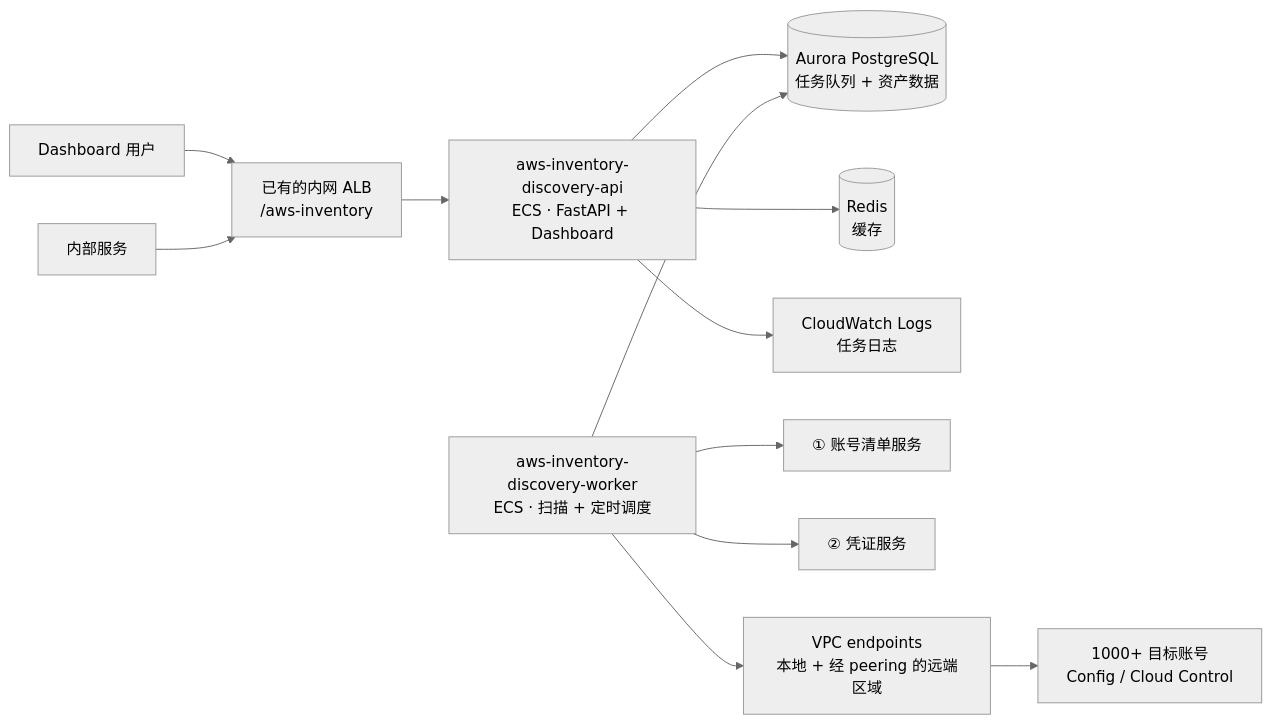
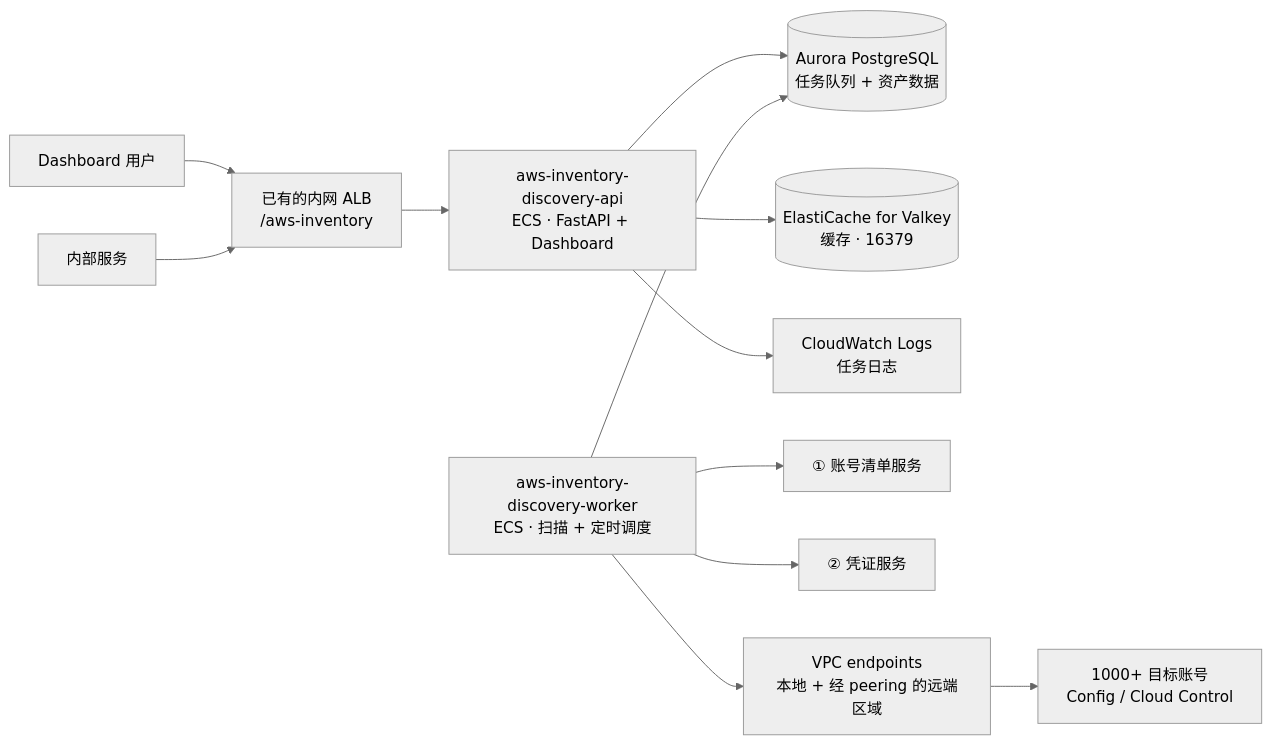
The diagram in docs/DESIGN.md (ByteChill/aws-inventory-discovery), drawn with Mermaid (neutral theme) before and after one commit. The commit also changed other lines of this file and 12 other files, not shown here.

First line of the commit message:
feat(cache): dedicated ElastiCache for Valkey and faster cache use

````diff
--- a/docs/DESIGN.md
+++ b/docs/DESIGN.md
@@ -42,14 +42,14 @@
 ```mermaid
 flowchart LR
   U[Dashboard 用户] --> ALB[已有的内网 ALB<br/>/aws-inventory]
   S[内部服务] --> ALB
   ALB --> API[aws-inventory-discovery-api<br/>ECS · FastAPI + Dashboard]
   API --> PG[(Aurora PostgreSQL<br/>任务队列 + 资产数据)]
-  API --> R[(Redis<br/>缓存)]
+  API --> R[(ElastiCache for Valkey<br/>缓存 · 16379)]
   API --> CWL[CloudWatch Logs<br/>任务日志]
   W[aws-inventory-discovery-worker<br/>ECS · 扫描 + 定时调度] --> PG
   W --> REG[① 账号清单服务]
   W --> CRED[② 凭证服务]
   W --> EP[VPC endpoints<br/>本地 + 经 peering 的远端区域]
   EP --> T[1000+ 目标账号<br/>Config / Cloud Control]
 ```
````
